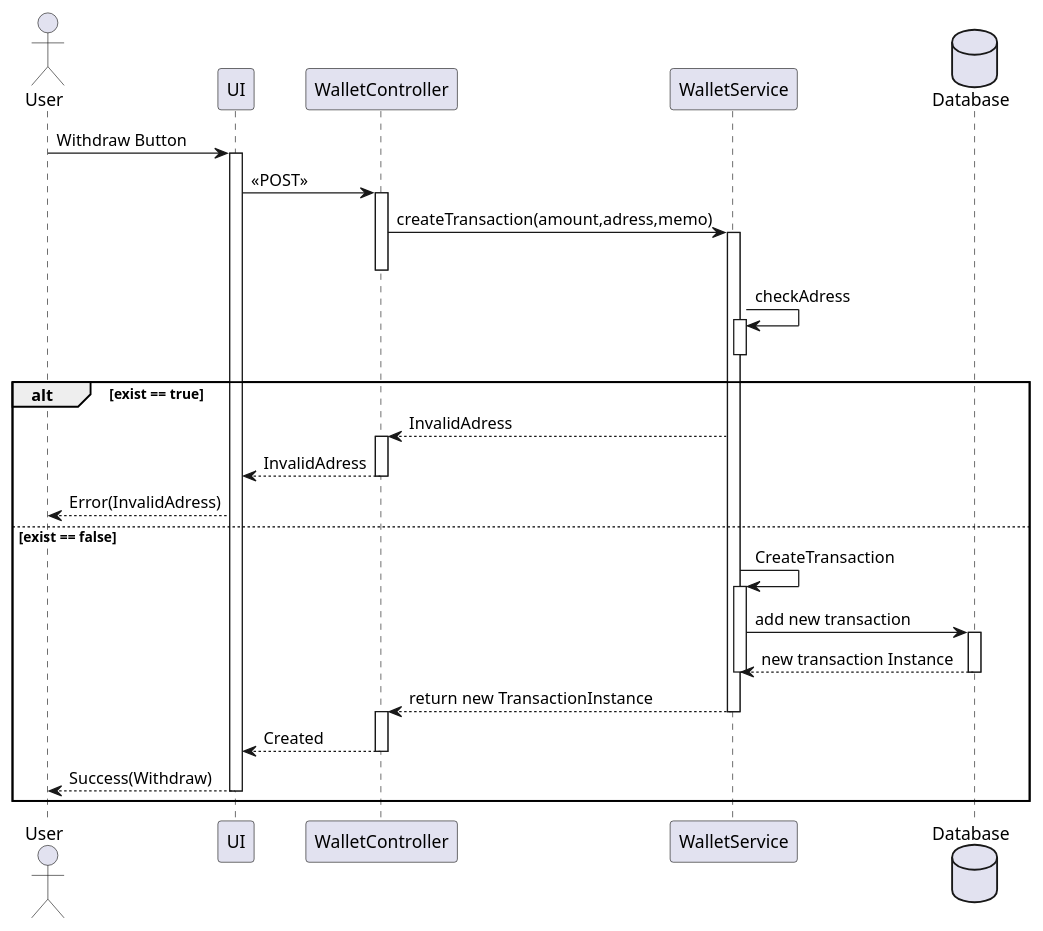
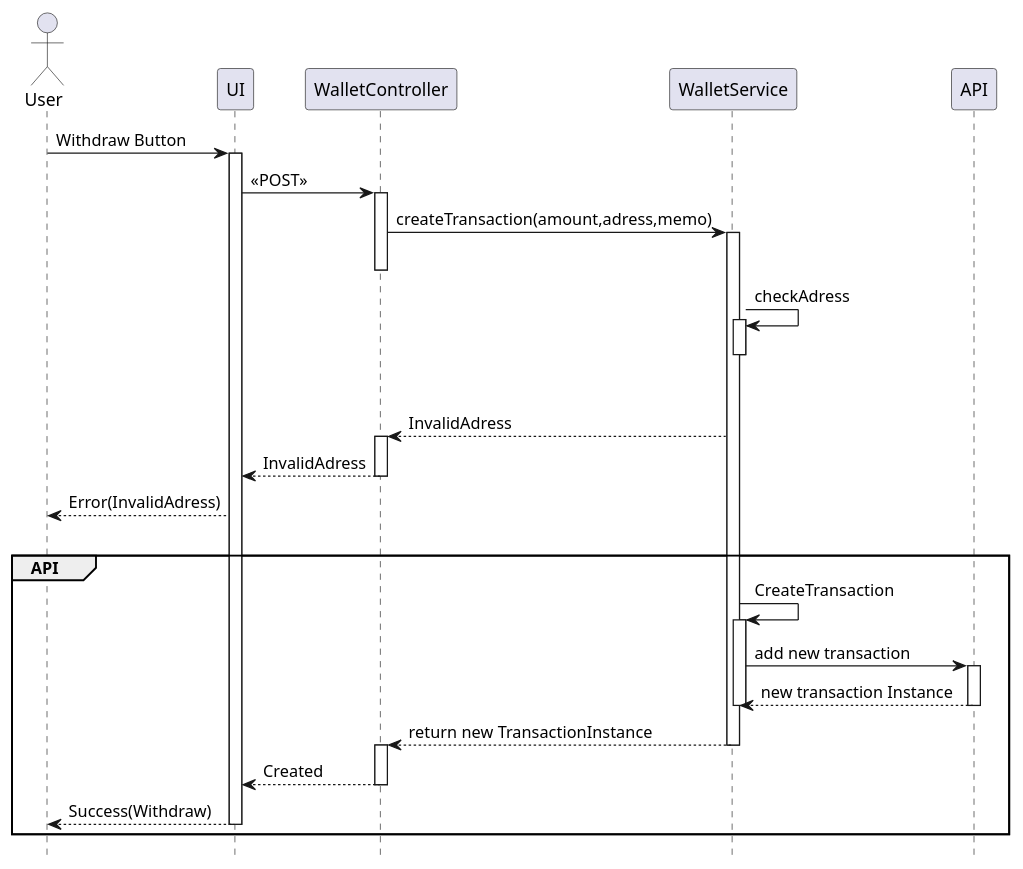
The diagram in docs/UML/SequenceDiagrams/Withdraw.puml (Leagandar/SI-Wallet), drawn with PlantUML before and after one commit. The commit also changed 2 other files, not shown here.

Commit message:
Hide footbox. Add some fixes.

```diff
--- a/docs/UML/SequenceDiagrams/Withdraw.puml
+++ b/docs/UML/SequenceDiagrams/Withdraw.puml
@@ -2,50 +2,53 @@
 @startuml Withdraw
+
+hide footbox
+
 
 actor User
 User -> UI: Withdraw Button
 activate UI
 
 UI -> WalletController: << POST >>
 activate WalletController
 
 WalletController -> WalletService: createTransaction(amount,adress,memo)
 activate WalletService
 deactivate WalletController
 
 
 WalletService -> WalletService: checkAdress
 activate WalletService
 deactivate WalletService
 
 alt exist == true
 
 WalletService --> WalletController: InvalidAdress
 activate WalletController
 WalletController --> UI : InvalidAdress
 deactivate WalletController
 UI --> User: Error(InvalidAdress) 
 
 else exist == false
 
-database Database
+group API
 WalletService -> WalletService: CreateTransaction
 activate WalletService
-WalletService -> Database: add new transaction
-activate Database
-WalletService <-- Database: new transaction Instance
-deactivate Database
+WalletService -> API: add new transaction
+activate API
+WalletService <-- API: new transaction Instance
+deactivate API
 
 deactivate WalletService
 WalletService --> WalletController: return new TransactionInstance
 deactivate WalletService
 
 activate WalletController
 WalletController --> UI : Created
 deactivate WalletController
 
 UI --> User: Success(Withdraw)
 deactivate UI
 
 end
 
 @enduml
```
